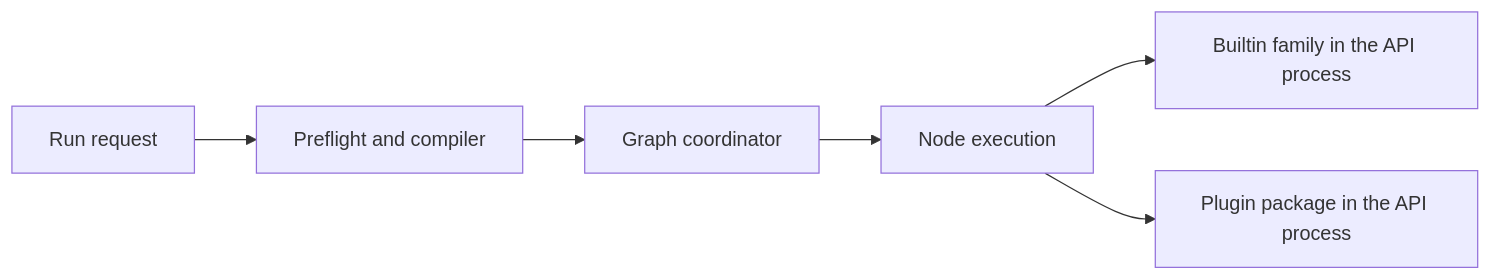
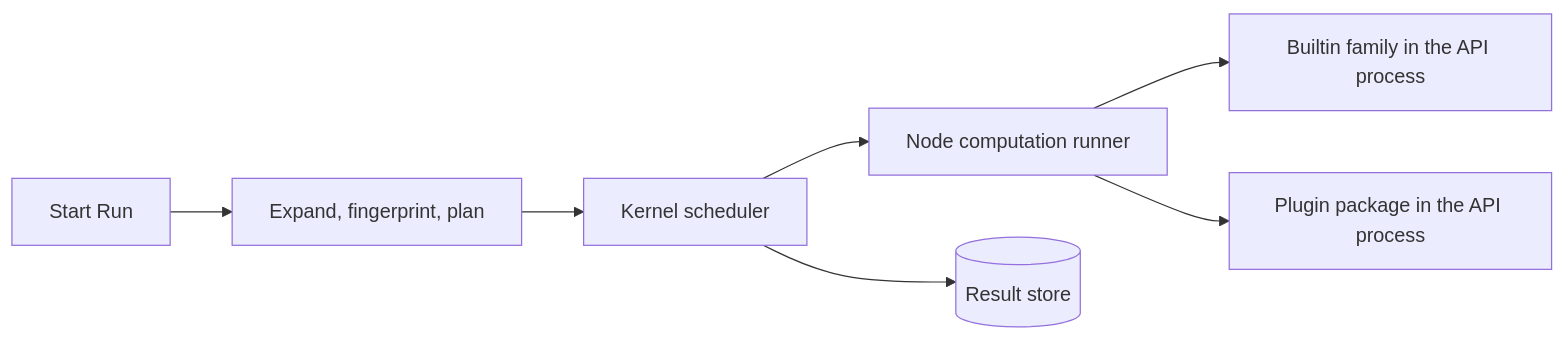
Before and after one commit to artpods56/grafY: the second of 2 diagrams in docs/design/backend-architecture.md, drawn with Mermaid. The commit also changed other lines of this file, not shown here.

Commit message:
Rewrite backend-architecture for Projects and Runs (#195)

````diff
--- a/docs/design/backend-architecture.md
+++ b/docs/design/backend-architecture.md
@@ -141,8 +125,9 @@
 ```mermaid
 flowchart LR
-    Request[Run request] --> Prepare[Preflight and compiler]
-    Prepare --> Coordinator[Graph coordinator]
-    Coordinator --> Node[Node execution]
-    Node --> Builtin[Builtin family in the API process]
-    Node --> Plugin[Plugin package in the API process]
+    Request[Start Run] --> Plan[Expand, fingerprint, plan]
+    Plan --> Scheduler[Kernel scheduler]
+    Scheduler --> Runner[Node computation runner]
+    Runner --> Builtin[Builtin family in the API process]
+    Runner --> Plugin[Plugin package in the API process]
+    Scheduler --> Store[(Result store)]
 ```
````
